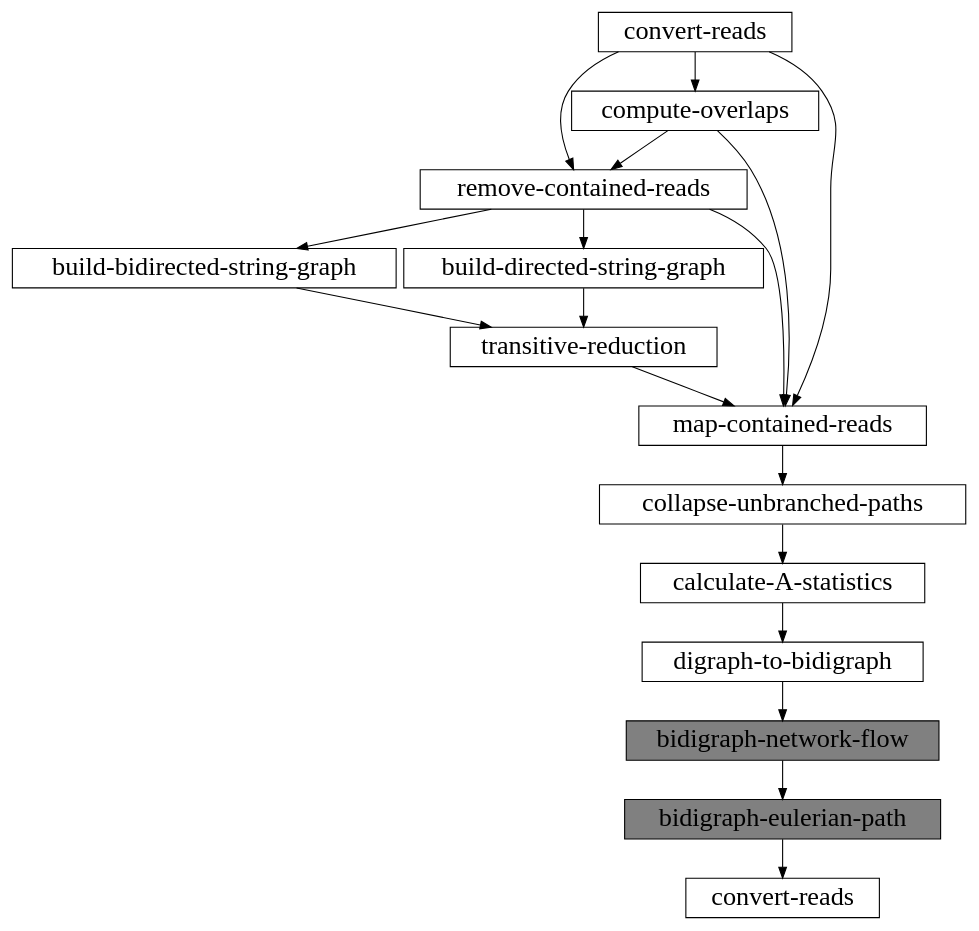
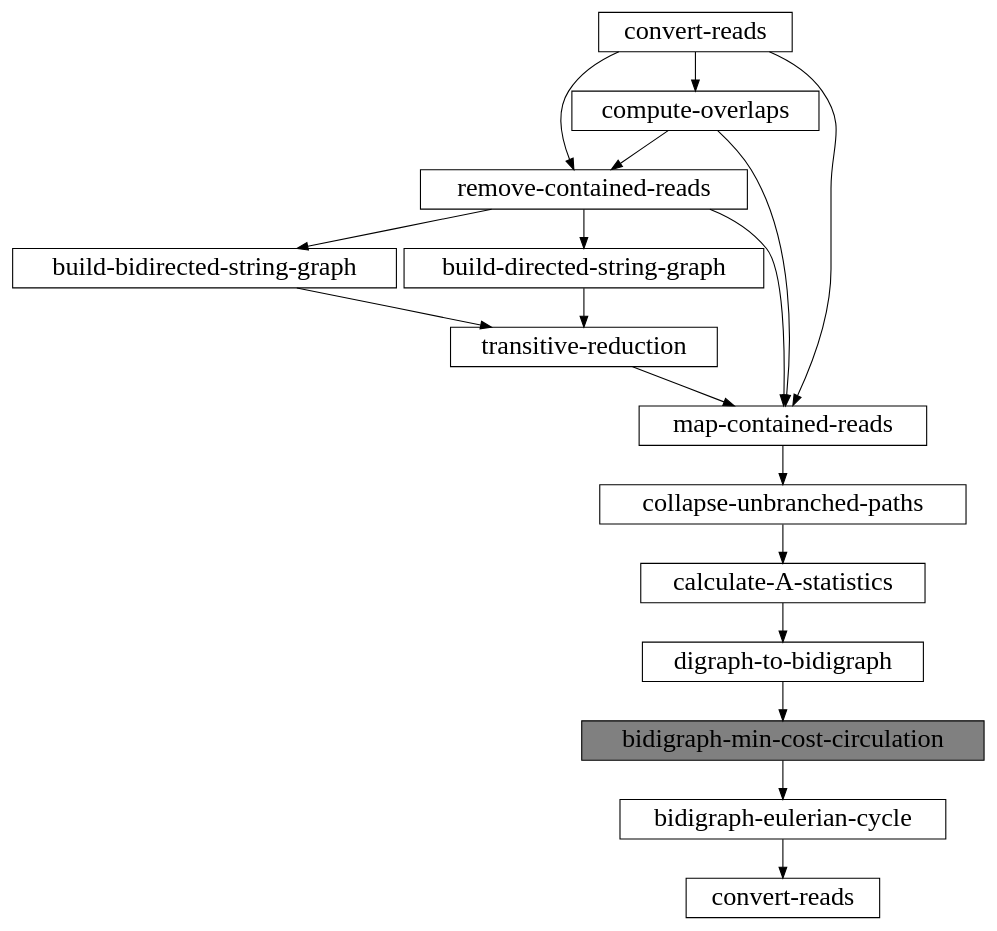
Before and after one commit to ebiggers/fragment-string-graph-assembler: the diagram in docs/programs.dot, drawn with Graphviz. The commit also changed 2 other files, not shown here.

```diff
--- a/docs/programs.dot
+++ b/docs/programs.dot
@@ -1,40 +1,40 @@
 digraph {
 	graph [dir=LR nodesep=0.1 ]
 	node [shape=rect fontsize=24 fontname="Arial bold"]
 	build_bidirected_string_graph [label="build-bidirected-string-graph"];
 	build_directed_string_graph [label="build-directed-string-graph"];
 	collapse_unbranched_paths [label="collapse-unbranched-paths"];
 	compute_overlaps [label="compute-overlaps"];
 	convert_reads [label="convert-reads"];
 	digraph_to_bidigraph [label="digraph-to-bidigraph"];
 	remove_contained_reads [label="remove-contained-reads"];
 	map_contained_reads [label="map-contained-reads"];
 	calculate_a_statistics [label="calculate-A-statistics"];
-	bidigraph_network_flow [label="bidigraph-network-flow",style=filled,fillcolor=gray];
-	bidigraph_eulerian_path [label="bidigraph-eulerian-path",style=filled,fillcolor=gray];
+	bidigraph_network_flow [label="bidigraph-min-cost-circulation",style=filled,fillcolor=gray];
+	bidigraph_eulerian_path [label="bidigraph-eulerian-cycle"];
 	transitive_reduction [label="transitive-reduction"];
 	convert_reads2 [label="convert-reads"];
 
 	convert_reads -> compute_overlaps //[label="reads.bvv"];
 	convert_reads -> remove_contained_reads //[label="reads.bvv"];
 
 	compute_overlaps -> remove_contained_reads //[label="out.overlaps"];
 
 	//remove_contained_reads -> build_directed_string_graph //[ label="reads.uncontained.bvv"];
 
 	remove_contained_reads -> build_bidirected_string_graph
 	remove_contained_reads -> build_directed_string_graph //[ label="out.uncontained.overlaps"];
 	remove_contained_reads -> map_contained_reads
 	compute_overlaps -> map_contained_reads
 	convert_reads -> map_contained_reads
 	build_directed_string_graph -> transitive_reduction //[ label="out.digraph"];
 	build_bidirected_string_graph -> transitive_reduction
 	transitive_reduction -> map_contained_reads //[ label="out.reduced.digraph"];
 	map_contained_reads -> collapse_unbranched_paths //[ label="out.reduced.mapped.digraph"];
 	collapse_unbranched_paths -> calculate_a_statistics //[ label="out.reduced.mapped.collapsed.digraph"];
 	calculate_a_statistics -> digraph_to_bidigraph //[ label="out.reduced.mapped.collapsed.calc.digraph"];
 	digraph_to_bidigraph -> bidigraph_network_flow
 	bidigraph_network_flow -> bidigraph_eulerian_path //[ label="out.reduced.mapped.collapsed.calc.digraph"];
 
 	bidigraph_eulerian_path -> convert_reads2 //[ label="out.paths.bvv" ];
 }
```
